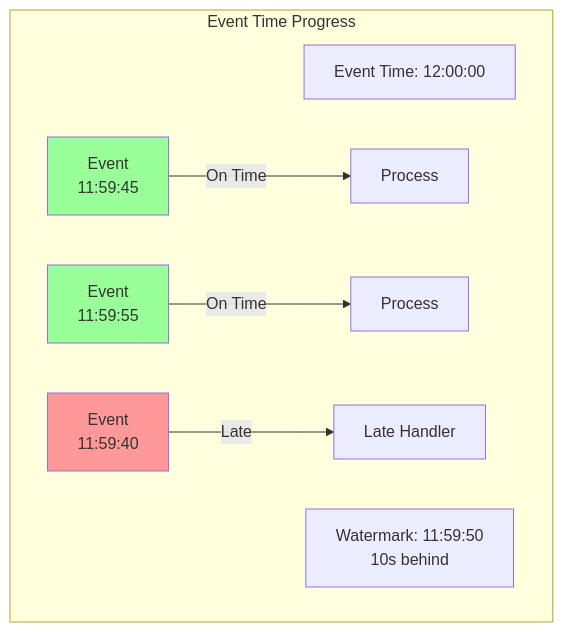
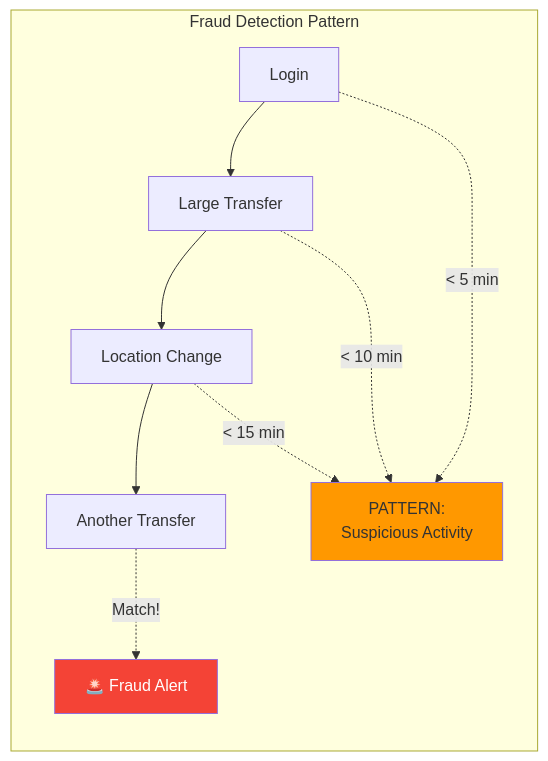
One commit to deepaucksharma/DStudio changed the eighth of 9 diagrams in docs/pattern-library/architecture/event-streaming.md. Above: the diagram before and after it, drawn with Mermaid. The commit also changed other lines of this file and 8 other files, not shown here.

````diff
--- a/docs/pattern-library/architecture/event-streaming.md
+++ b/docs/pattern-library/architecture/event-streaming.md
@@ -401,15 +548,16 @@
 ```mermaid
-graph TD
-    subgraph "Event Time Progress"
-        ET[Event Time: 12:00:00]
-        WT[Watermark: 11:59:50<br/>10s behind]
+graph LR
+    subgraph "Fraud Detection Pattern"
+        E1[Login] --> E2[Large Transfer]
+        E2 --> E3[Location Change]
+        E3 --> E4[Another Transfer]
         
-        E1[Event<br/>11:59:45] -->|On Time| P1[Process]
-        E2[Event<br/>11:59:55] -->|On Time| P2[Process]
-        E3[Event<br/>11:59:40] -->|Late| L1[Late Handler]
+        E1 -.->|"< 5 min"| Pattern[PATTERN:<br/>Suspicious Activity]
+        E2 -.->|"< 10 min"| Pattern
+        E3 -.->|"< 15 min"| Pattern
+        E4 -.->|Match!| Alert[🚨 Fraud Alert]
     end
     
-    style E1 fill:#99ff99
-    style E2 fill:#99ff99
-    style E3 fill:#ff9999
+    style Pattern fill:#ff9800
+    style Alert fill:#f44336,color:#fff
 ```
````
